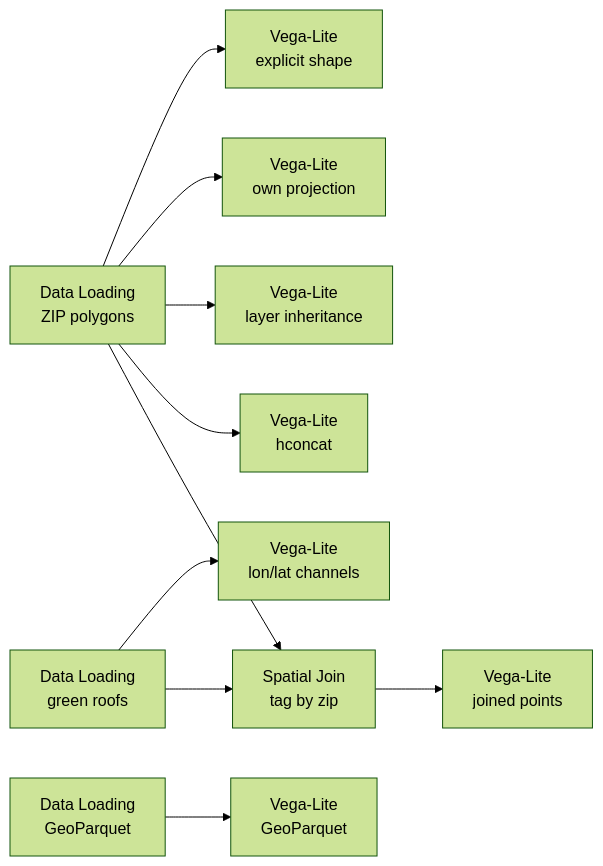
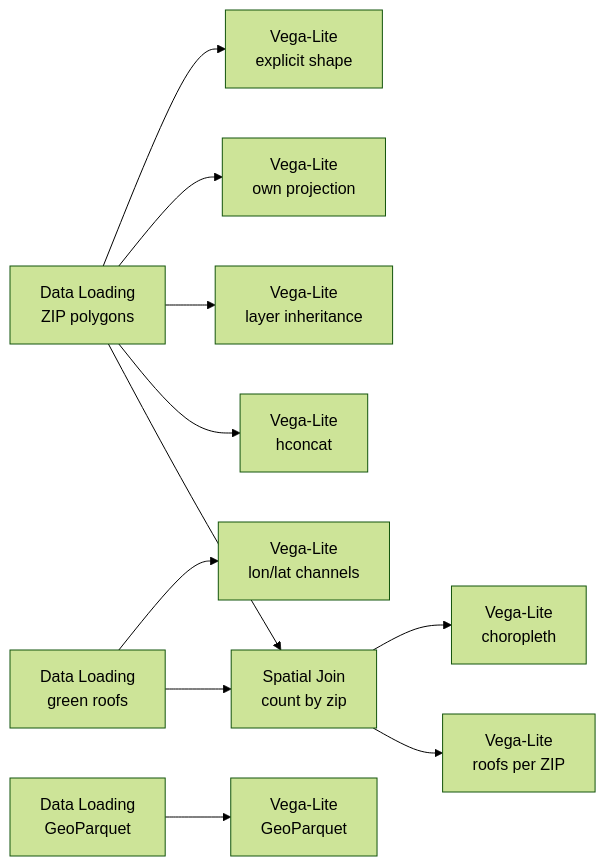
Before and after one commit to urban-toolkit/curio: the diagram in docs/examples/15-vega-lite-spec-forms-and-catalogs.md, drawn with Mermaid (forest theme). The commit also changed other lines of this file and 6 other files, not shown here.

Commit message:
count green roofs per ZIP in example 15 with a choropleth and bars

````diff
--- a/docs/examples/15-vega-lite-spec-forms-and-catalogs.md
+++ b/docs/examples/15-vega-lite-spec-forms-and-catalogs.md
@@ -14,12 +14,13 @@
 ```mermaid
 flowchart LR
   L1[Data Loading<br/>ZIP polygons] --> V16[Vega-Lite<br/>explicit shape]
   L1 --> V17[Vega-Lite<br/>own projection]
   L1 --> V18[Vega-Lite<br/>layer inheritance]
   L1 --> V19[Vega-Lite<br/>hconcat]
   L2[Data Loading<br/>green roofs] --> V20[Vega-Lite<br/>lon/lat channels]
-  L2 --> SJ[Spatial Join<br/>tag by zip]
+  L2 --> SJ[Spatial Join<br/>count by zip]
   L1 --> SJ
-  SJ --> V23[Vega-Lite<br/>joined points]
+  SJ --> V23[Vega-Lite<br/>choropleth]
+  SJ --> V25[Vega-Lite<br/>roofs per ZIP]
   L3[Data Loading<br/>GeoParquet] --> V24[Vega-Lite<br/>GeoParquet]
 ```
````
